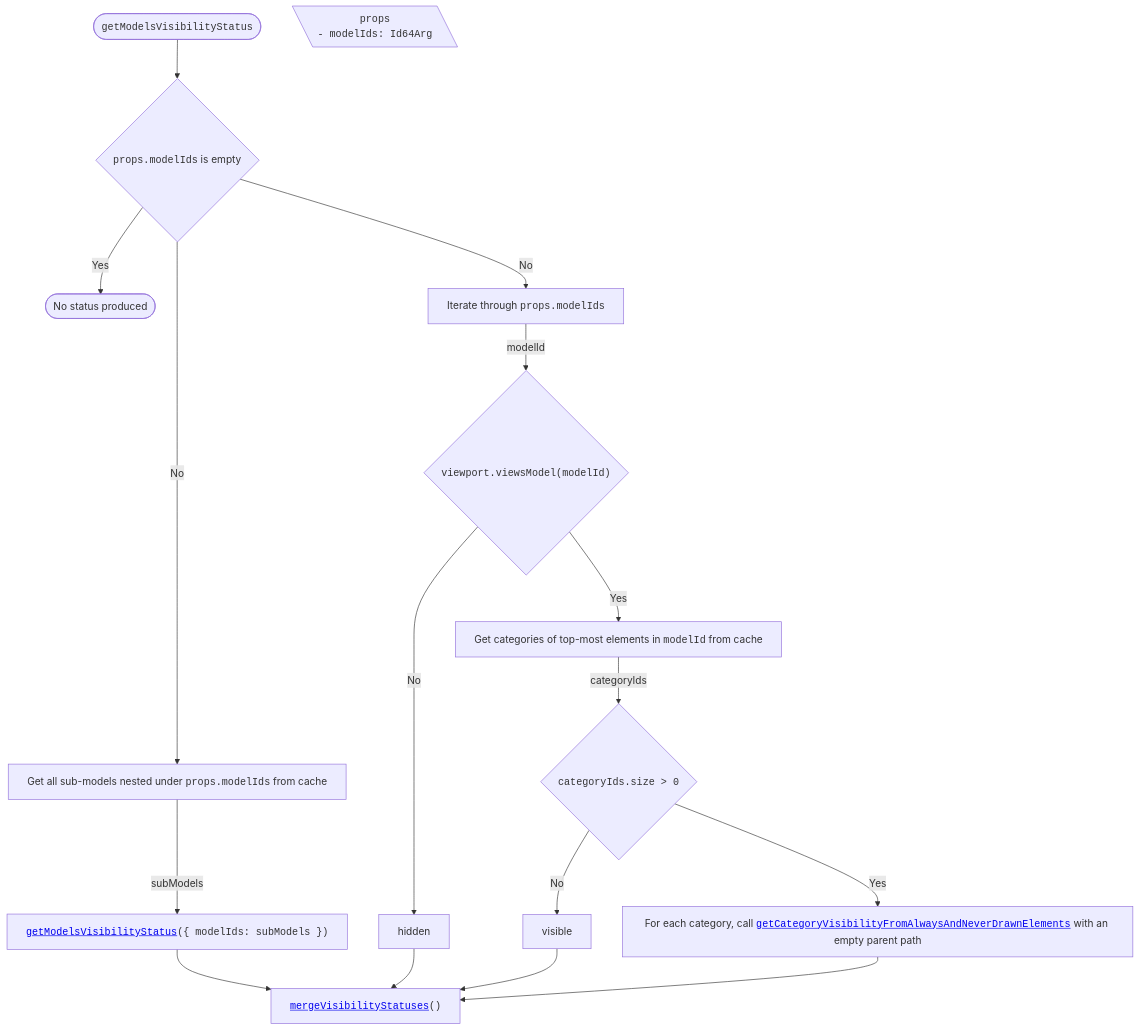
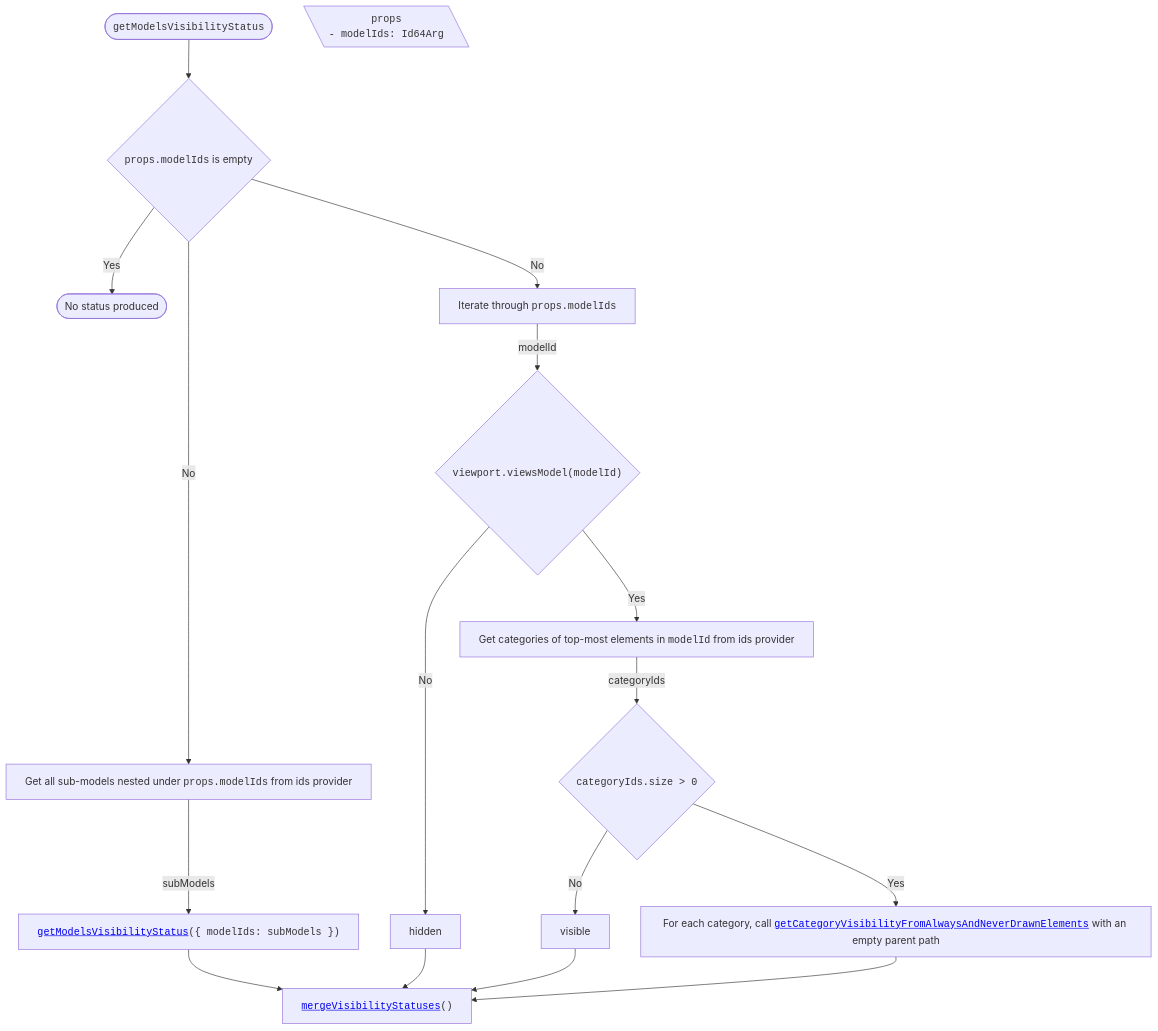
One commit to iTwin/viewer-components-react changed the third of 17 diagrams in packages/tree-widget/docs/SharedVisibilityHandling.md. Above: the diagram before and after it, drawn with Mermaid. The commit also changed other lines of this file and 72 other files, not shown here.

````diff
--- a/packages/tree-widget/docs/SharedVisibilityHandling.md
+++ b/packages/tree-widget/docs/SharedVisibilityHandling.md
@@ -112,35 +112,35 @@
 ```mermaid
 ---
 config:
   flowchart:
     wrappingWidth: 750
     useMaxWidth: false
 ---
 
 flowchart TD
   RESULT_Empty([No status produced])
 
   %% Start
   TITLE(["<span style='font-family: monospace;'>getModelsVisibilityStatus</span>"]) --> A0{"<span style='font-family: monospace;'>props.modelIds</span> is empty"}
 
   PROPS[\"
     <span style='font-family: monospace;'>props</span>
     <span style='display: block; text-align: left; font-family: monospace;'>- modelIds: Id64Arg</span>
   "\]
 
   A0 -- Yes --> RESULT_Empty
   A0 -- No --> A["Iterate through <span style='font-family: monospace;'>props.modelIds</span>"]
-  A0 -- No --> B["Get all sub-models nested under <span style='font-family: monospace;'>props.modelIds</span> from cache"]
+  A0 -- No --> B["Get all sub-models nested under <span style='font-family: monospace;'>props.modelIds</span> from ids provider"]
   B -- subModels --> B1["<span style='font-family: monospace;'><a href='#getmodelsvisibilitystatus'>getModelsVisibilityStatus</a>({ modelIds: subModels })</span>"]
   A -- modelId --> C{"<span style='font-family: monospace;'>viewport.viewsModel(modelId)</span>"}
   C -- No --> C1[hidden]
-  C -- Yes --> D["Get categories of top-most elements in <span style='font-family: monospace;'>modelId</span> from cache"]
+  C -- Yes --> D["Get categories of top-most elements in <span style='font-family: monospace;'>modelId</span> from ids provider"]
   D -- categoryIds --> E{"<span style='font-family: monospace;'>categoryIds.size > 0</span>"}
   E -- No --> E1[visible]
   E -- Yes --> F["For each category, call <span style='font-family: monospace;'><a href='#getcategoryvisibilityfromalwaysandneverdrawnelements'>getCategoryVisibilityFromAlwaysAndNeverDrawnElements</a></span> with an empty parent path"]
 
   B1 --> M["<span style='font-family: monospace;'><a href='#mergevisibilitystatuses'>mergeVisibilityStatuses</a>()</span>"]
   C1 --> M
   E1 --> M
   F --> M
 ```
````
